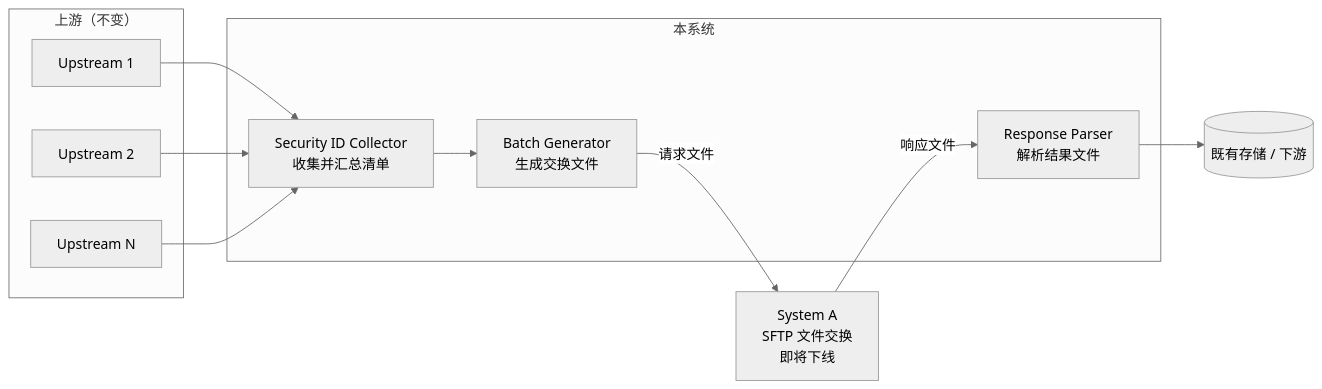
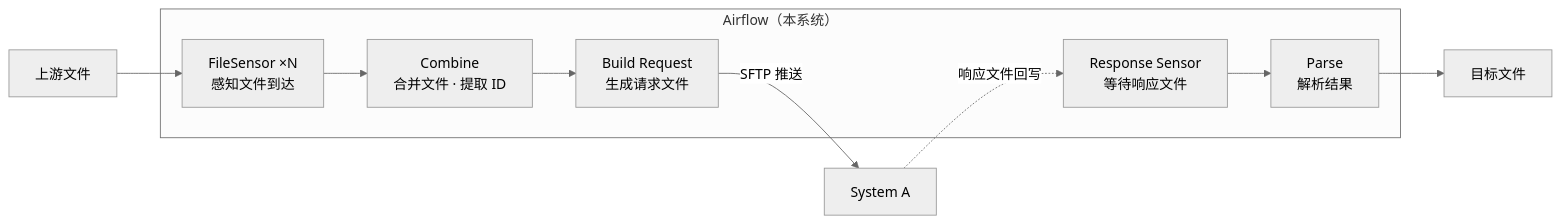
Before and after one commit to owengoodluck/docs-workbench: the first of 4 diagrams in design/security-id-migration/2026-11-03-系统架构-design.md, drawn with Mermaid (neutral theme). The commit also changed other lines of this file, not shown here.

First line of the commit message:
docs(design): 按 Airflow 落地 Security ID 迁移架构

````diff
--- a/design/security-id-migration/2026-11-03-系统架构-design.md
+++ b/design/security-id-migration/2026-11-03-系统架构-design.md
@@ -48,25 +51,17 @@
 ```mermaid
 flowchart LR
-    subgraph UP["上游（不变）"]
-        U1["Upstream 1"]
-        U2["Upstream 2"]
-        U3["Upstream N"]
+    subgraph AF["Airflow（本系统）"]
+        S1["FileSensor ×N<br/>感知文件到达"]
+        CM["Combine<br/>合并文件 · 提取 ID"]
+        BF["Build Request<br/>生成请求文件"]
+        WF["Response Sensor<br/>等待响应文件"]
+        PS["Parse<br/>解析结果"]
     end
-
-    subgraph SYS["本系统"]
-        COL["Security ID Collector<br/>收集并汇总清单"]
-        GEN["Batch Generator<br/>生成交换文件"]
-        PAR["Response Parser<br/>解析结果文件"]
-    end
-
-    SA["System A<br/>SFTP 文件交换<br/>即将下线"]
-    DS[("既有存储 / 下游")]
-
-    U1 --> COL
-    U2 --> COL
-    U3 --> COL
-    COL --> GEN
-    GEN -- "请求文件" --> SA
-    SA -- "响应文件" --> PAR
-    PAR --> DS
+    UP["上游文件"] --> S1
+    S1 --> CM
+    CM --> BF
+    BF -- "SFTP 推送" --> SA["System A"]
+    SA -. "响应文件回写" .-> WF
+    WF --> PS
+    PS --> OUT["目标文件"]
 ```
````
